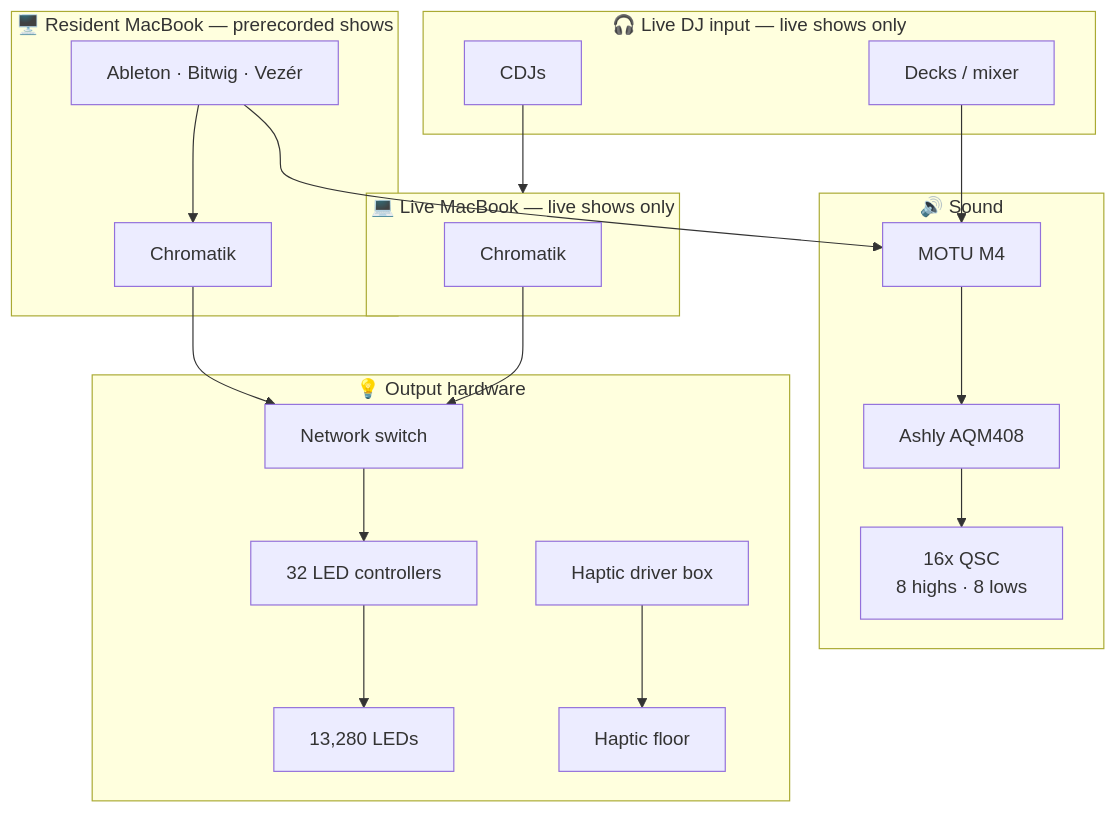
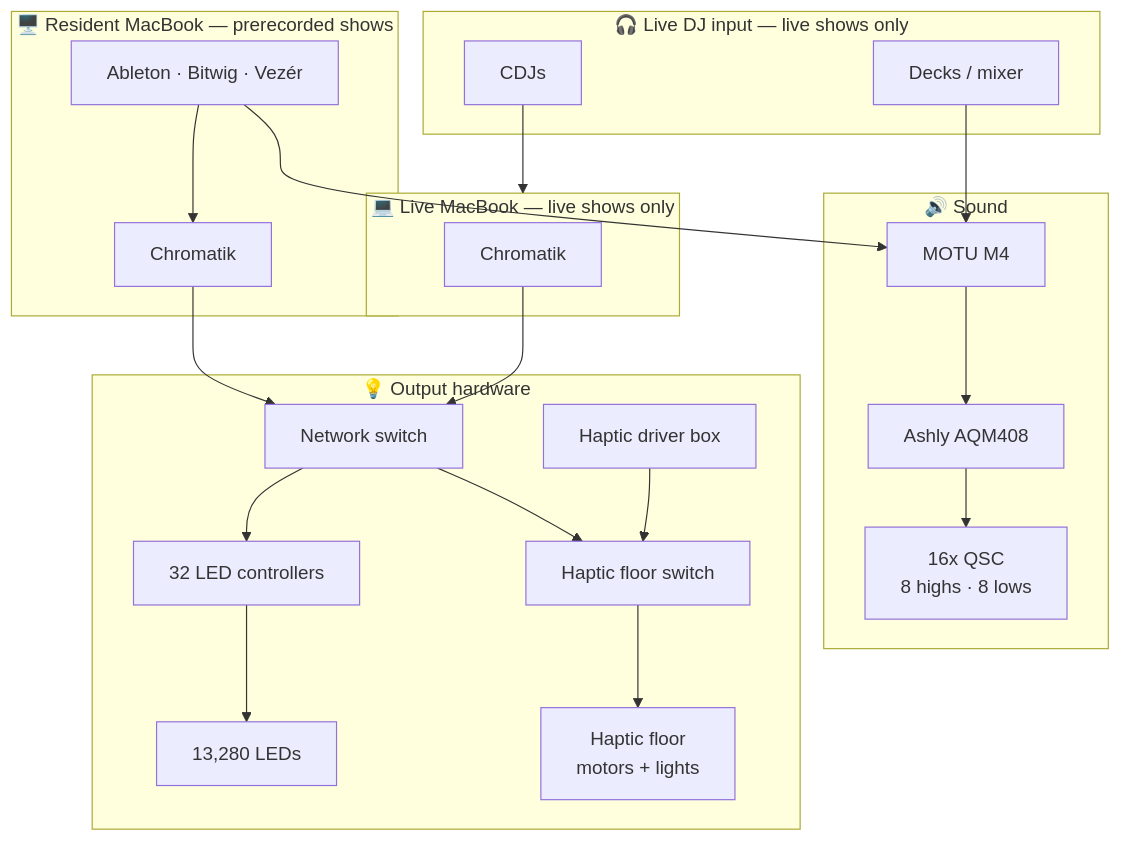
The diagram in docs/infrastructure/README.md (Apotheneum/Apotheneum), drawn with Mermaid before and after one commit. The commit also changed other lines of this file and 2 other files, not shown here.

Commit message:
Haptic floor is on the network via its own switch
The main switch reaches the floor directly rather than through the driver
box, and the floor has its own switch that the motors and lights hang off.
So enabling Chromatik output is a configuration change, not a wiring job —
which raises the question of what happens if the driver box and Chromatik
address the floor at the same time.

````diff
--- a/docs/infrastructure/README.md
+++ b/docs/infrastructure/README.md
@@ -5,40 +5,42 @@
 ```mermaid
 flowchart TB
     subgraph DJ["🎧 Live DJ input — live shows only"]
         DECKS["Decks / mixer"]
         CDJ["CDJs"]
     end
 
     subgraph LIVEMAC["💻 Live MacBook — live shows only"]
         LCHR["Chromatik"]
     end
 
     subgraph RESIDENT["🖥️ Resident MacBook — prerecorded shows"]
         APPS["Ableton · Bitwig · Vezér"]
         CHR["Chromatik"]
         APPS --> CHR
     end
 
     subgraph SOUND["🔊 Sound"]
         MOTU["MOTU M4"]
         AQM["Ashly AQM408"]
         SPK["16x QSC<br>8 highs · 8 lows"]
         MOTU --> AQM --> SPK
     end
 
     subgraph OUTPUT["💡 Output hardware"]
         SW["Network switch"]
         CTRL["32 LED controllers"]
         LEDS["13,280 LEDs"]
         HBOX["Haptic driver box"]
-        FLOOR["Haptic floor"]
+        HSW["Haptic floor switch"]
+        FLOOR["Haptic floor<br>motors + lights"]
         SW --> CTRL --> LEDS
-        HBOX --> FLOOR
+        SW --> HSW --> FLOOR
+        HBOX --> HSW
     end
 
     DECKS --> MOTU
     CDJ --> LIVEMAC
     APPS --> MOTU
     CHR --> SW
     LCHR --> SW
 ```
````
